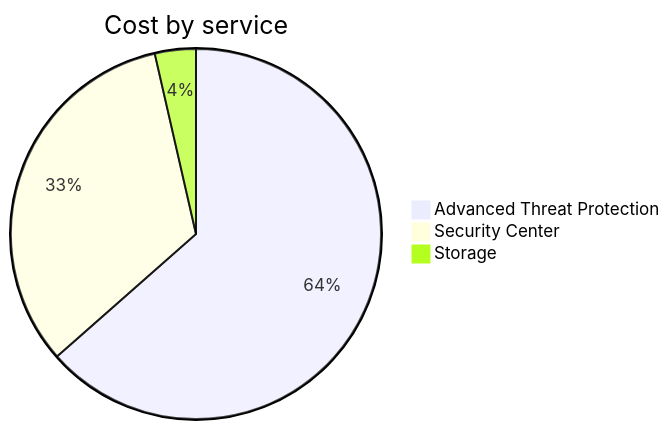
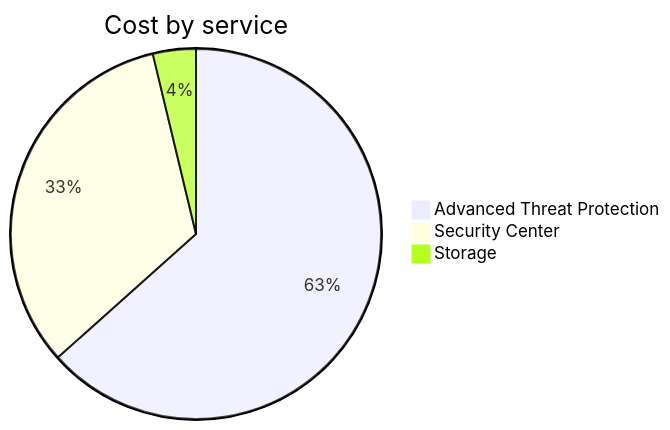
Before and after one commit to jpfulton/azure-personal-reports: the second of 4 diagrams in cost-reports/cloud-shell-storage-eastus/README.md, drawn with Mermaid. The commit also changed other lines of this file and 1 other file, not shown here.

````diff
--- a/cost-reports/cloud-shell-storage-eastus/README.md
+++ b/cost-reports/cloud-shell-storage-eastus/README.md
@@ -95,7 +95,7 @@
 ```mermaid
 pie
    title Cost by service
    "Advanced Threat Protection" : 3.55
    "Security Center" : 1.84
-   "Storage" : 0.20
+   "Storage" : 0.21
 ```
````
